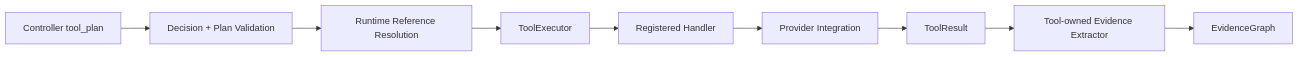
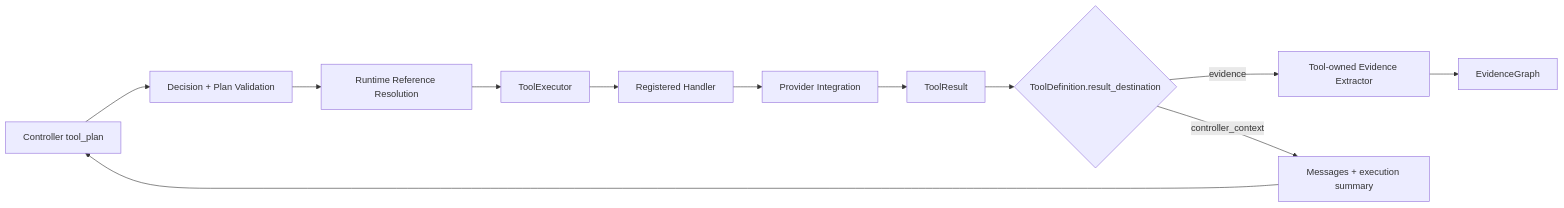
Before and after one commit to Philip23333/DotaMind: the diagram in docs/design/architecture/Tool层.md, drawn with Mermaid. The commit also changed other lines of this file and 32 other files, not shown here.

````diff
--- a/docs/design/architecture/Tool层.md
+++ b/docs/design/architecture/Tool层.md
@@ -22,11 +24,14 @@
 ```mermaid
 flowchart LR
     Controller["Controller tool_plan"] --> Validate["Decision + Plan Validation"]
     Validate --> References["Runtime Reference Resolution"]
     References --> Executor["ToolExecutor"]
     Executor --> Handler["Registered Handler"]
     Handler --> Integration["Provider Integration"]
     Integration --> Result["ToolResult"]
-    Result --> Extractor["Tool-owned Evidence Extractor"]
+    Result --> Destination{"ToolDefinition.result_destination"}
+    Destination -->|"evidence"| Extractor["Tool-owned Evidence Extractor"]
     Extractor --> Evidence["EvidenceGraph"]
+    Destination -->|"controller_context"| Context["Messages + execution summary"]
+    Context --> Controller
 ```
````
